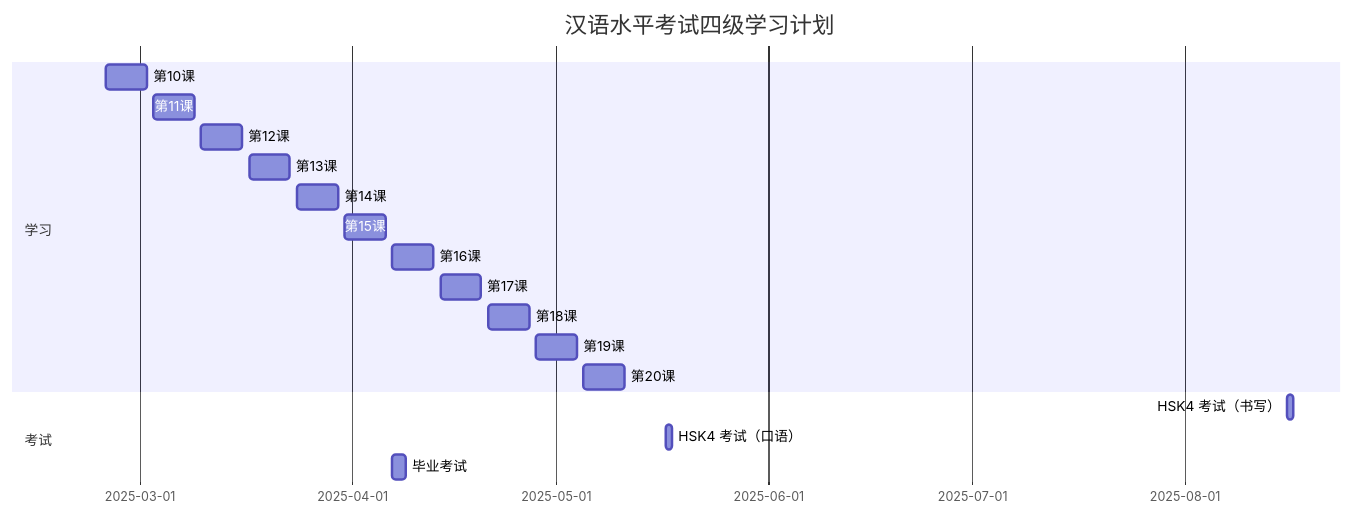
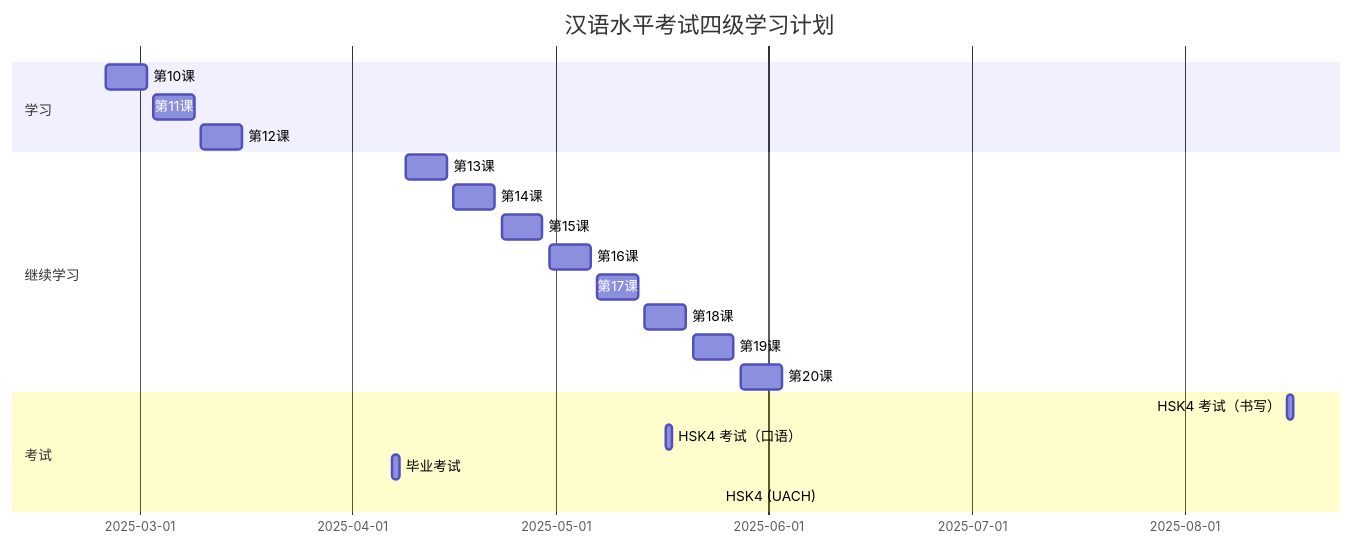
The diagram in Chinese/HSK4/HSK4计划.md (MoisesAdame/obsidian-notes), drawn with Mermaid before and after one commit. The commit also changed 1 other file, not shown here.

Commit message:
vault backup: 2025-03-27 14:57:24

````diff
--- a/Chinese/HSK4/HSK4计划.md
+++ b/Chinese/HSK4/HSK4计划.md
@@ -8,21 +8,25 @@
 ```mermaid
 gantt
     title 汉语水平考试四级学习计划
     dateFormat YYYY-MM-DD
     section 学习
     第10课 : 2025-02-24, 2025-03-02
     第11课 : 2025-03-03, 2025-03-09
     第12课 : 2025-03-10, 2025-03-16
-    第13课 : 2025-03-17, 2025-03-23
-    第14课 : 2025-03-24, 2025-03-30
-    第15课 : 2025-03-31, 2025-04-06
-    第16课 : 2025-04-07, 2025-04-13
-    第17课 : 2025-04-14, 2025-04-20
-    第18课 : 2025-04-21, 2025-04-27
-    第19课 : 2025-04-28, 2025-05-04
-    第20课 : 2025-05-05, 2025-05-11
-    section 考试
+    
+    section 继续学习
+    第13课 : 2025-04-09, 2025-04-15
+    第14课 : 2025-04-16, 2025-04-22
+    第15课 : 2025-04-23, 2025-04-29
+    第16课 : 2025-04-30, 2025-05-06
+    第17课 : 2025-05-07, 2025-05-13
+    第18课 : 2025-05-14, 2025-05-20
+    第19课 : 2025-05-21, 2025-05-27
+    第20课 : 2025-05-28, 2025-06-03
+    
+	section 考试
     HSK4 考试（书写） : 2025-08-16, 2025-08-17
     HSK4 考试（口语） : 2025-05-17, 2025-05-18
-	毕业考试 : 2025-04-07, 2025-04-09
+    毕业考试 : 2025-04-07, 2025-04-08
+	HSK4 (UACH) : 2025-05-25, 2025-05-25
 ```
````
